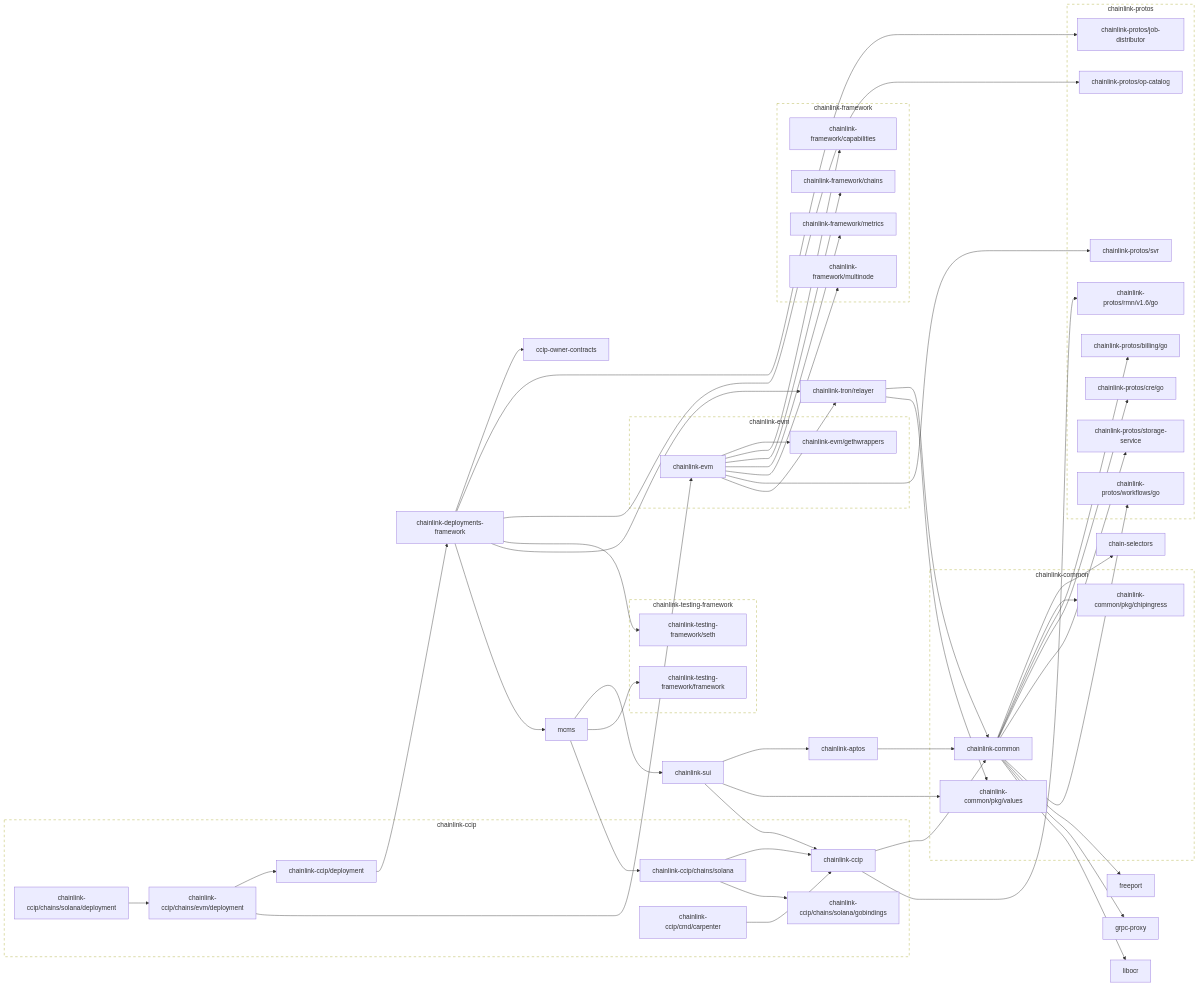
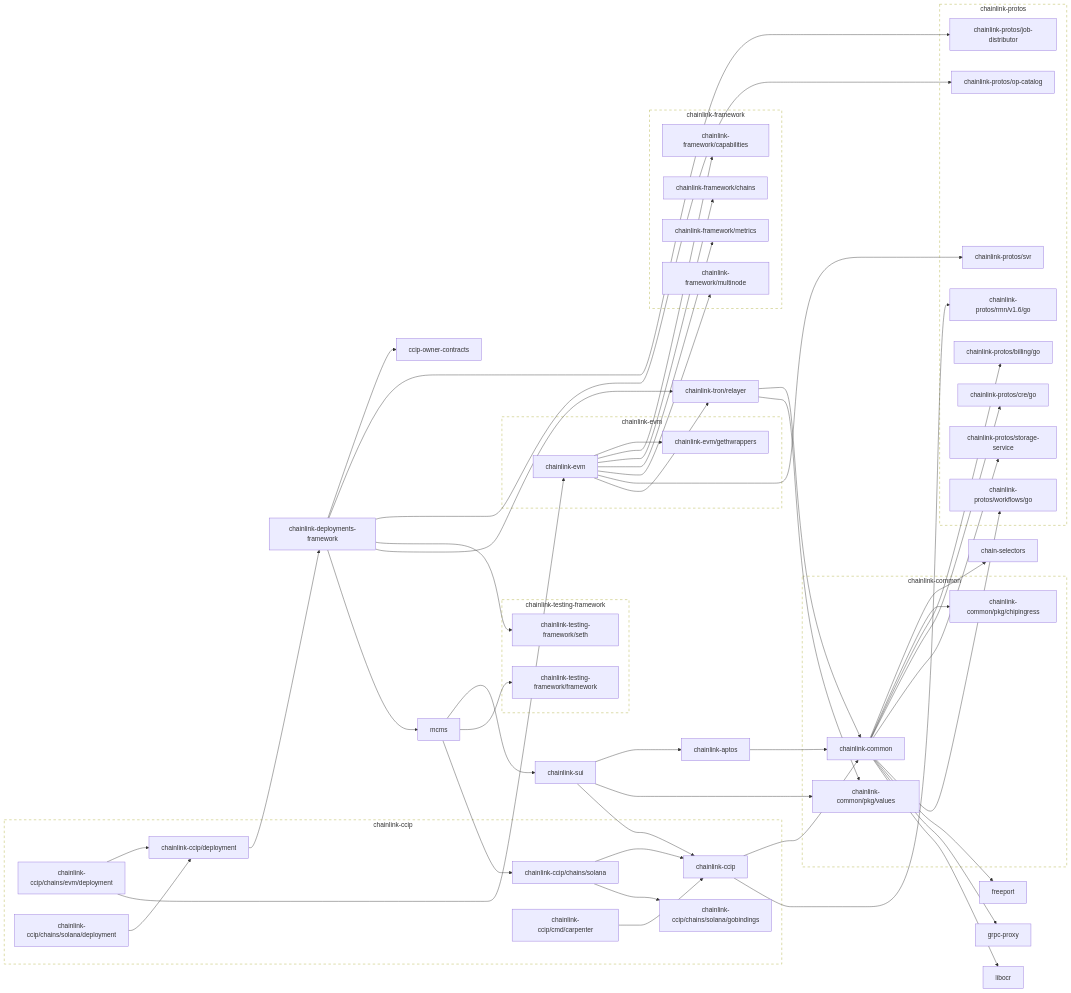
The second of 2 diagrams in go.md (smartcontractkit/chainlink-ccip), drawn with Mermaid before and after one commit.

```diff
--- a/go.md
+++ b/go.md
@@ -74,7 +74,7 @@
 	chainlink-ccip/chains/solana --> chainlink-ccip
 	chainlink-ccip/chains/solana --> chainlink-ccip/chains/solana/gobindings
 	click chainlink-ccip/chains/solana href "https://github.com/smartcontractkit/chainlink-ccip"
-	chainlink-ccip/chains/solana/deployment --> chainlink-ccip/chains/evm/deployment
+	chainlink-ccip/chains/solana/deployment --> chainlink-ccip/deployment
 	click chainlink-ccip/chains/solana/deployment href "https://github.com/smartcontractkit/chainlink-ccip"
 	chainlink-ccip/chains/solana/gobindings
 	click chainlink-ccip/chains/solana/gobindings href "https://github.com/smartcontractkit/chainlink-ccip"
```
